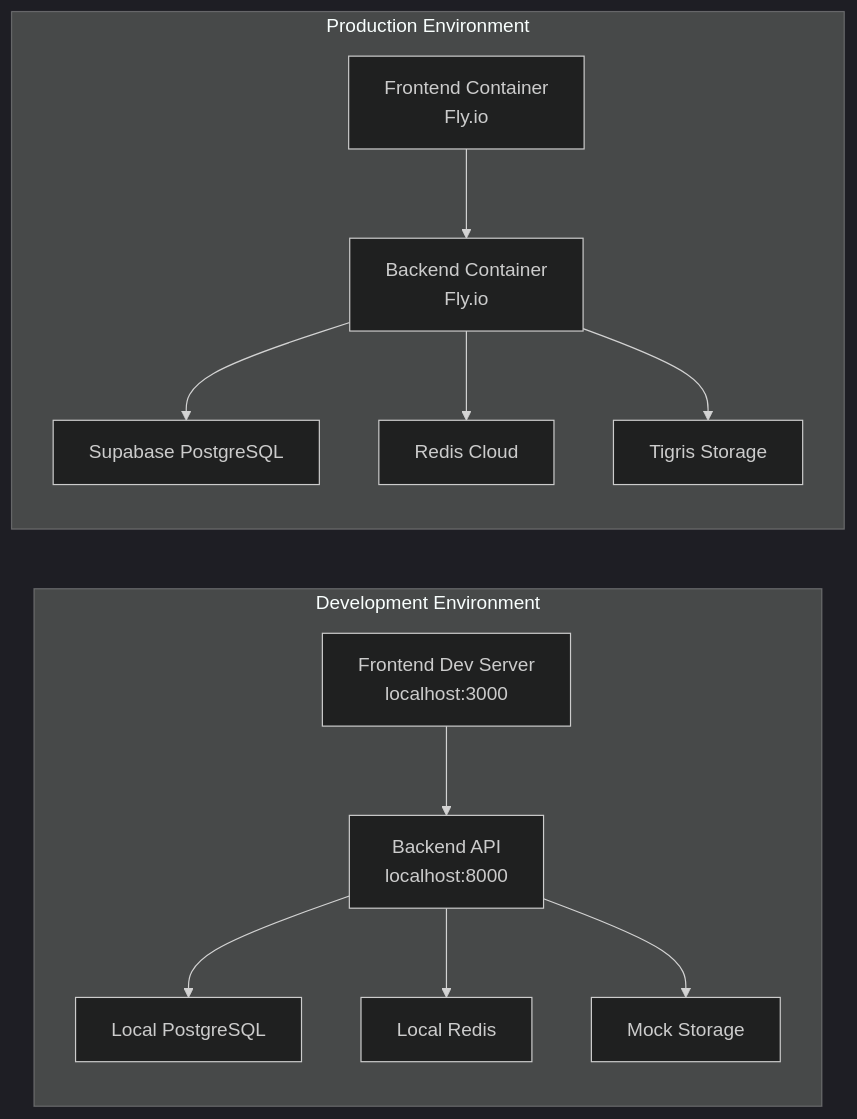
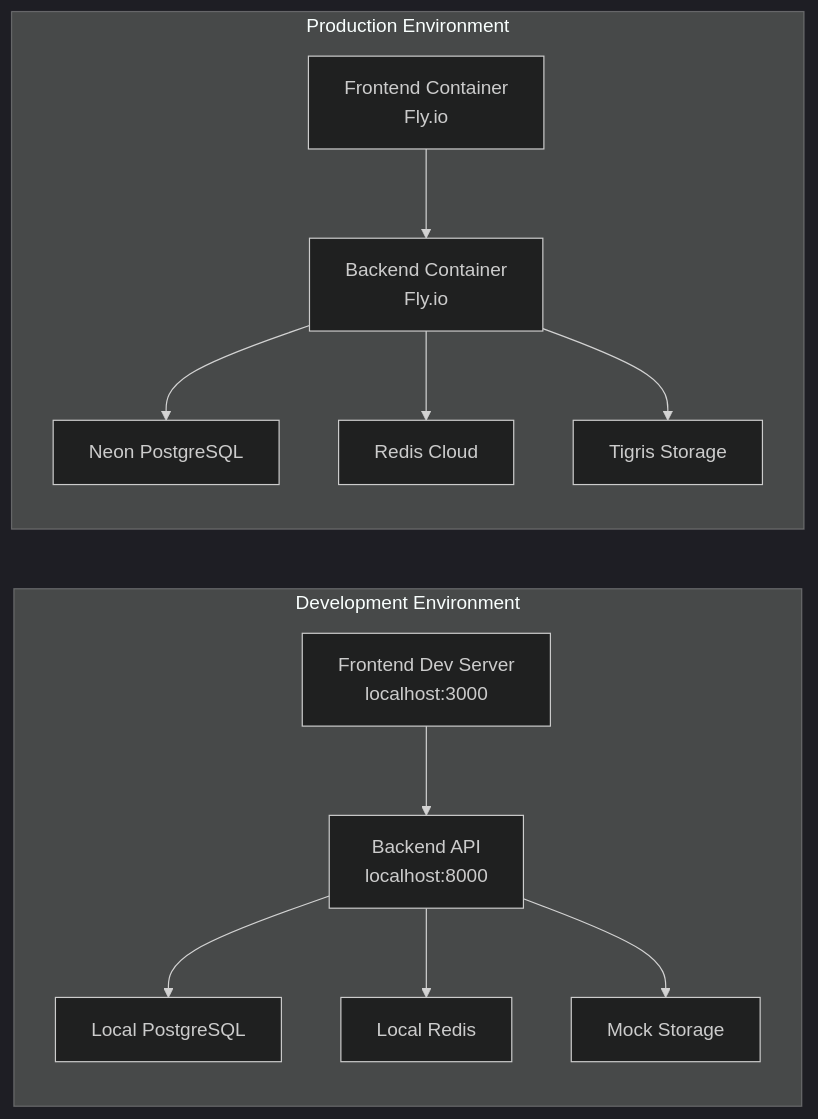
The ninth of 14 diagrams in docs/ARCHITECTURE.md (gofrolist/calorie-track-ai-bot-api), drawn with Mermaid (dark theme) before and after one commit. The commit also changed other lines of this file and 32 other files, not shown here.

````diff
--- a/docs/ARCHITECTURE.md
+++ b/docs/ARCHITECTURE.md
@@ -483,28 +482,28 @@
 ```mermaid
 graph LR
     subgraph "Development Environment"
         DEV_FE[Frontend Dev Server<br/>localhost:3000]
         DEV_API[Backend API<br/>localhost:8000]
         DEV_DB[Local PostgreSQL]
         DEV_REDIS[Local Redis]
         DEV_S3[Mock Storage]
     end
 
     subgraph "Production Environment"
         PROD_FE[Frontend Container<br/>Fly.io]
         PROD_API[Backend Container<br/>Fly.io]
-        PROD_DB[Supabase PostgreSQL]
+        PROD_DB[Neon PostgreSQL]
         PROD_REDIS[Redis Cloud]
         PROD_S3[Tigris Storage]
     end
 
     DEV_FE --> DEV_API
     DEV_API --> DEV_DB
     DEV_API --> DEV_REDIS
     DEV_API --> DEV_S3
 
     PROD_FE --> PROD_API
     PROD_API --> PROD_DB
     PROD_API --> PROD_REDIS
     PROD_API --> PROD_S3
 ```
````
